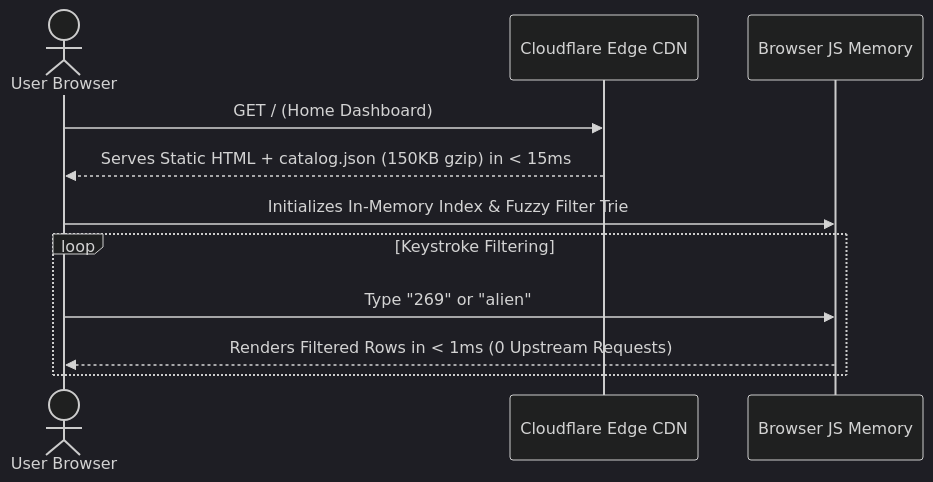
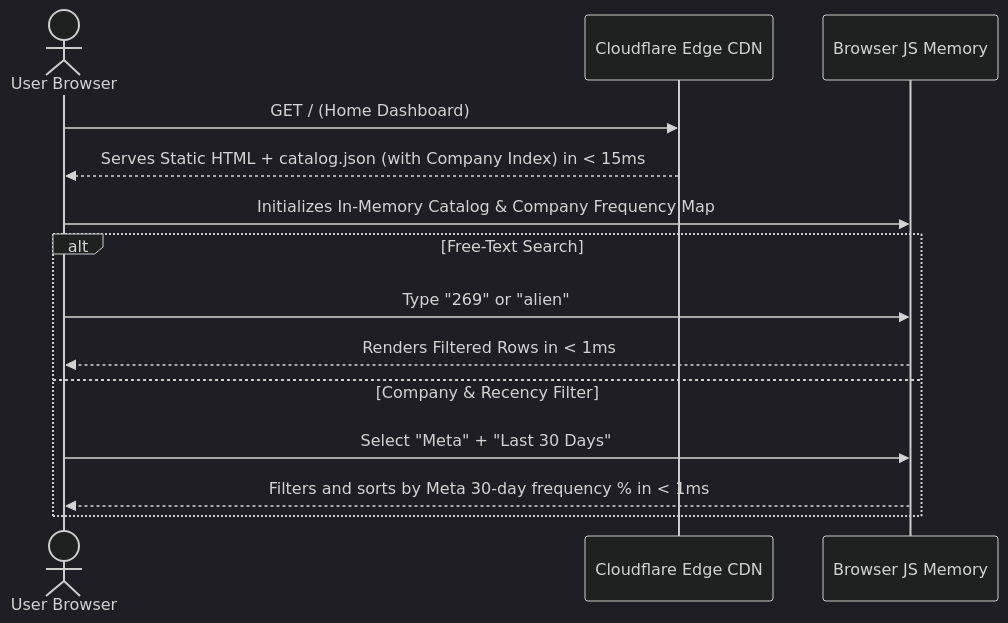
The first of 2 diagrams in docs/data_flow.md (dev-ansung/leetbank), drawn with Mermaid (dark theme) before and after one commit. The commit also changed other lines of this file and 3 other files, not shown here.

Commit message:
docs(spec): expand CUJ, data flow, HLD, and LLD with company tags and recency windows

````diff
--- a/docs/data_flow.md
+++ b/docs/data_flow.md
@@ -9,14 +9,18 @@
 ```mermaid
 sequenceDiagram
     actor User as User Browser
     participant CDN as Cloudflare Edge CDN
     participant ClientMemory as Browser JS Memory
 
     User->>CDN: GET / (Home Dashboard)
-    CDN-->>User: Serves Static HTML + catalog.json (150KB gzip) in < 15ms
-    User->>ClientMemory: Initializes In-Memory Index & Fuzzy Filter Trie
-    loop Keystroke Filtering
+    CDN-->>User: Serves Static HTML + catalog.json (with Company Index) in < 15ms
+    User->>ClientMemory: Initializes In-Memory Catalog & Company Frequency Map
+    
+    alt Free-Text Search
         User->>ClientMemory: Type "269" or "alien"
-        ClientMemory-->>User: Renders Filtered Rows in < 1ms (0 Upstream Requests)
+        ClientMemory-->>User: Renders Filtered Rows in < 1ms
+    else Company & Recency Filter
+        User->>ClientMemory: Select "Meta" + "Last 30 Days"
+        ClientMemory-->>User: Filters and sorts by Meta 30-day frequency % in < 1ms
     end
 ```
````
